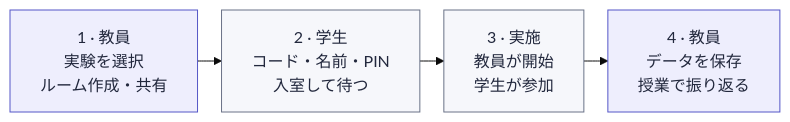
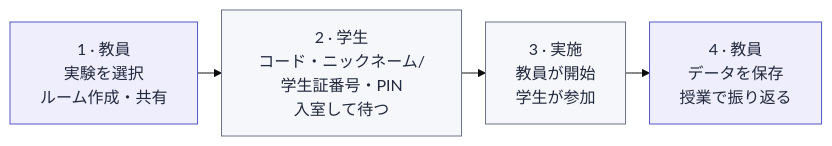
One commit to DKshawn/Double_Auction changed the diagram in README.md. Above: the diagram before and after it, drawn with Mermaid. The commit also changed 7 other files, not shown here.

````diff
--- a/README.md
+++ b/README.md
@@ -11,24 +11,24 @@
 ```mermaid
 ---
 config:
   theme: base
   look: classic
   layout: dagre
   htmlLabels: true
   flowchart:
     rankSpacing: 24
     wrappingWidth: 180
 ---
 flowchart LR
     accTitle: 授業での使い方
     accDescr: 教員がルームを作成し、学生がコードで入室。教員が開始し、学生が参加したあと、教員が結果をダウンロードします。
     A["1 · 教員<br/>実験を選択<br/>ルーム作成・共有"]
-    B["2 · 学生<br/>コード・名前・PIN<br/>入室して待つ"]
+    B["2 · 学生<br/>コード・ニックネーム/学生証番号・PIN<br/>入室して待つ"]
     C["3 · 実施<br/>教員が開始<br/>学生が参加"]
     D["4 · 教員<br/>データを保存<br/>授業で振り返る"]
     A --> B --> C --> D
     classDef teacher fill:#eeeefd,stroke:#5456c7,color:#22283d
     classDef shared fill:#f6f7fb,stroke:#6a7287,color:#22283d
     class A,D teacher
     class B,C shared
 ```
````
